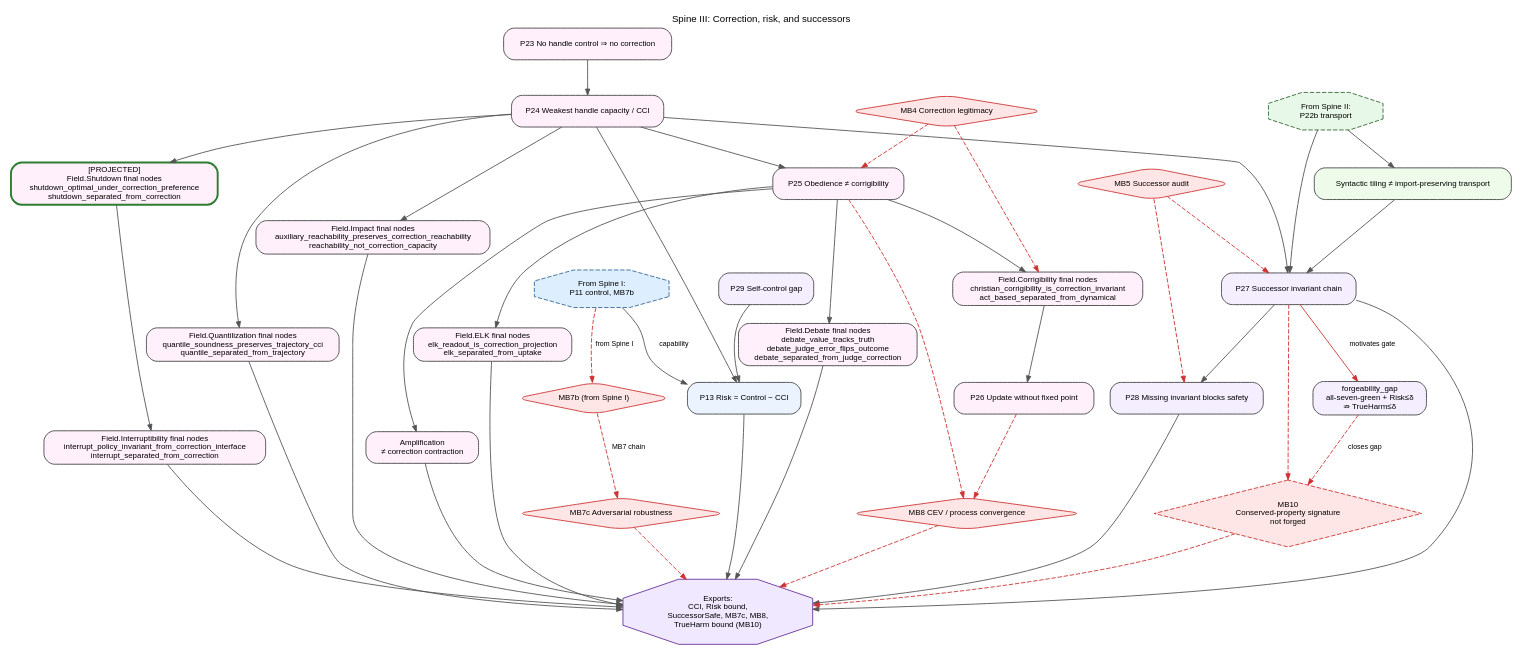
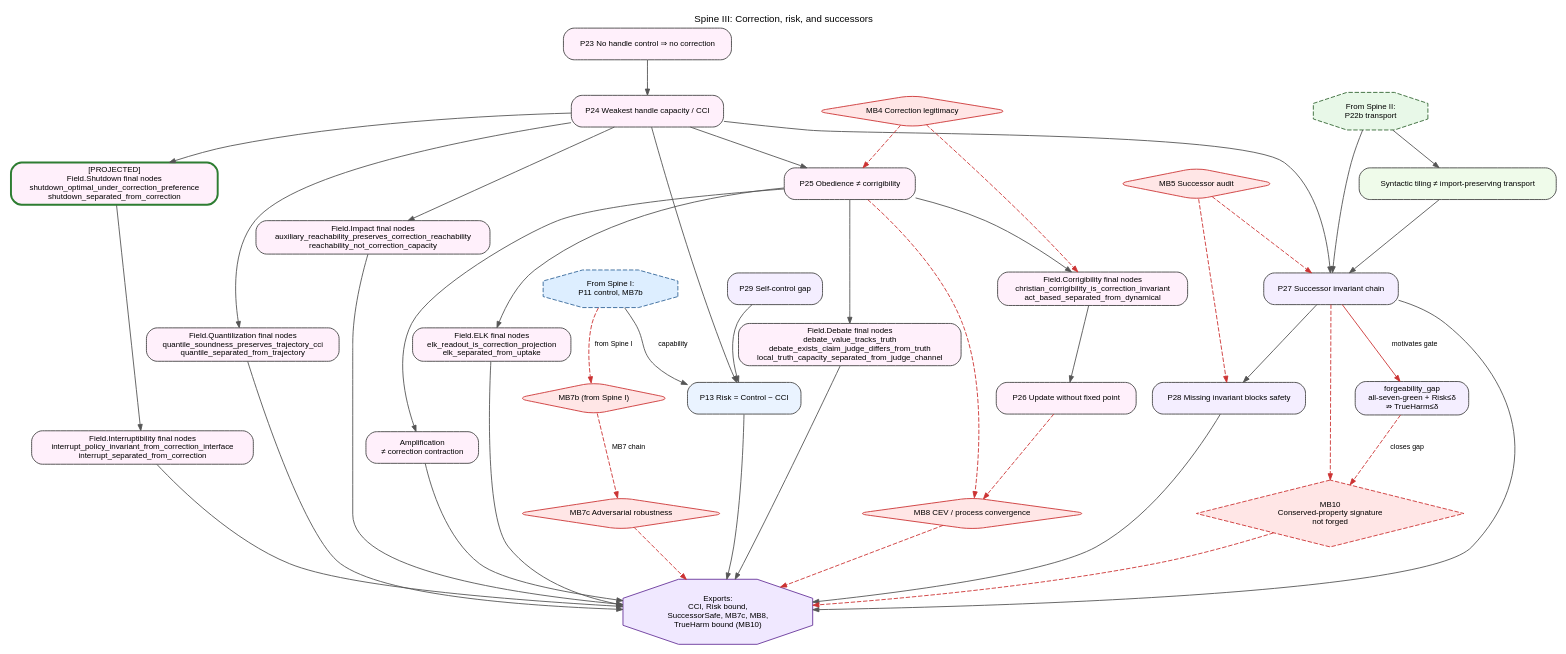
The diagram in context/lean_proof_graphs/03-correction-successors.dot (GunnarZarncke/towards-asi-alignment), drawn with Graphviz before and after one commit. The commit also changed 18 other files, not shown here.

First line of the commit message:
Clarify debate Lean after field-review critique: rename κ_C witnesses and add general judge-error theorem.

```diff
--- a/context/lean_proof_graphs/03-correction-successors.dot
+++ b/context/lean_proof_graphs/03-correction-successors.dot
@@ -1,89 +1,89 @@
 digraph Spine03CorrectionSuccessors {
   graph [
     rankdir=TB,
     bgcolor="white",
     splines=true,
     overlap=false,
     fontsize=11,
     fontname="Helvetica",
     label="Spine III: Correction, risk, and successors",
     labelloc="t"
   ];
   node [shape=box, style="rounded,filled", fontname="Helvetica", fontsize=9, color="#444444"];
   edge [fontname="Helvetica", fontsize=8, color="#555555", arrowsize=0.7];
 
   P23 [label="P23 No handle control ⇒ no correction", fillcolor="#FFF0FB"];
   P24 [label="P24 Weakest handle capacity / CCI", fillcolor="#FFF0FB"];
   FSHUT [label="[PROJECTED]\nField.Shutdown final nodes\nshutdown_optimal_under_correction_preference\nshutdown_separated_from_correction", fillcolor="#FFF0FB", color="#2E7D32", penwidth=2.2];
   FINT [label="Field.Interruptibility final nodes\ninterrupt_policy_invariant_from_correction_interface\ninterrupt_separated_from_correction", fillcolor="#FFF0FB"];
   FIMPACT [label="Field.Impact final nodes\nauxiliary_reachability_preserves_correction_reachability\nreachability_not_correction_capacity", fillcolor="#FFF0FB"];
   FQUANT [label="Field.Quantilization final nodes\nquantile_soundness_preserves_trajectory_cci\nquantile_separated_from_trajectory", fillcolor="#FFF0FB"];
   P25 [label="P25 Obedience ≠ corrigibility", fillcolor="#FFF0FB"];
   FCORR [label="Field.Corrigibility final nodes\nchristian_corrigibility_is_correction_invariant\nact_based_separated_from_dynamical", fillcolor="#FFF0FB"];
-  FDEB [label="Field.Debate final nodes\ndebate_value_tracks_truth\ndebate_judge_error_flips_outcome\ndebate_separated_from_judge_correction", fillcolor="#FFF0FB"];
+  FDEB [label="Field.Debate final nodes\ndebate_value_tracks_truth\ndebate_exists_claim_judge_differs_from_truth\nlocal_truth_capacity_separated_from_judge_channel", fillcolor="#FFF0FB"];
   P25A [label="Amplification\n≠ correction contraction", fillcolor="#FFF0FB"];
   FELK [label="Field.ELK final nodes\nelk_readout_is_correction_projection\nelk_separated_from_uptake", fillcolor="#FFF0FB"];
   P26 [label="P26 Update without fixed point", fillcolor="#FFF0FB"];
   P13 [label="P13 Risk = Control − CCI", fillcolor="#EAF3FF"];
   P29 [label="P29 Self-control gap", fillcolor="#F4EEFF"];
   P27 [label="P27 Successor invariant chain", fillcolor="#F4EEFF"];
   P28 [label="P28 Missing invariant blocks safety", fillcolor="#F4EEFF"];
   P22T [label="Syntactic tiling ≠ import-preserving transport", fillcolor="#EFFBEA"];
   PFORGE [label="forgeability_gap\nall-seven-green + Risk≤δ\n⇏ TrueHarm≤δ", fillcolor="#F4EEFF"];
 
   MB4 [shape=diamond, fillcolor="#FFE6E6", color="#CC3333", label="MB4 Correction legitimacy"];
   MB5 [shape=diamond, fillcolor="#FFE6E6", color="#CC3333", label="MB5 Successor audit"];
   MB7b [shape=diamond, fillcolor="#FFE6E6", color="#CC3333", label="MB7b (from Spine I)"];
   MB7c [shape=diamond, fillcolor="#FFE6E6", color="#CC3333", label="MB7c Adversarial robustness"];
   MB8 [shape=diamond, fillcolor="#FFE6E6", color="#CC3333", label="MB8 CEV / process convergence"];
   MB10 [shape=diamond, style="filled,dashed", fillcolor="#FFE6E6", color="#CC3333", label="MB10\nConserved-property signature\nnot forged"];
 
   IN_VB [shape=octagon, style="filled,dashed", fillcolor="#E8F8E8", color="#336633",
          label="From Spine II:\nP22b transport"];
   IN_BND [shape=octagon, style="filled,dashed", fillcolor="#DDEEFF", color="#336699",
           label="From Spine I:\nP11 control, MB7b"];
 
   OUT [shape=octagon, style="filled", fillcolor="#F0E8FF", color="#663399",
        label="Exports:\nCCI, Risk bound,\nSuccessorSafe, MB7c, MB8,\nTrueHarm bound (MB10)"];
 
   IN_VB -> P22T -> P27;
   IN_VB -> P27;
   P23 -> P24 -> FSHUT;
   FSHUT -> FINT;
   P24 -> FIMPACT;
   P24 -> FQUANT;
   P24 -> P25 -> FCORR -> P26;
   P25 -> FDEB;
   P25 -> P25A;
   P25 -> FELK;
   P24 -> P13;
   P24 -> P27 -> P28;
   IN_BND -> P13 [label="capability"];
   P29 -> P13;
 
   MB4 -> P25 [style=dashed, color="#CC3333"];
   MB4 -> FCORR [style=dashed, color="#CC3333"];
   MB5 -> P27 [style=dashed, color="#CC3333"];
   MB5 -> P28 [style=dashed, color="#CC3333"];
   P25 -> MB8 [style=dashed, color="#CC3333"];
   P26 -> MB8 [style=dashed, color="#CC3333"];
 
   P27 -> PFORGE [label="motivates gate", color="#CC3333"];
   PFORGE -> MB10 [style=dashed, color="#CC3333", label="closes gap"];
   P27 -> MB10 [style=dashed, color="#CC3333"];
   MB10 -> OUT [style=dashed, color="#CC3333"];
 
   IN_BND -> MB7b [style=dashed, color="#CC3333", label="from Spine I"];
   MB7b -> MB7c [style=dashed, color="#CC3333", label="MB7 chain"];
   MB7c -> OUT [style=dashed, color="#CC3333"];
   P13 -> OUT;
   FINT -> OUT;
   FIMPACT -> OUT;
   FQUANT -> OUT;
   FDEB -> OUT;
   P25A -> OUT;
   FELK -> OUT;
   P27 -> OUT;
   P28 -> OUT;
   MB8 -> OUT [style=dashed, color="#CC3333"];
 }
```
